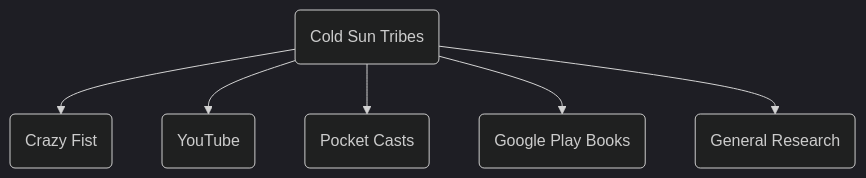
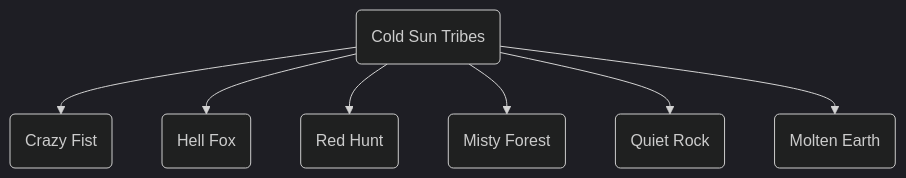
Before and after one commit to valentine195/Obsidian-Vault: the first of 2 diagrams in The Mark of Death/Compendium/Factions/Cold Sun Tribe.md, drawn with Mermaid (dark theme). The commit also changed other lines of this file and 4 other files, not shown here.

````diff
--- a/The Mark of Death/Compendium/Factions/Cold Sun Tribe.md
+++ b/The Mark of Death/Compendium/Factions/Cold Sun Tribe.md
@@ -32,16 +32,16 @@
 ```mermaid
 graph TD
 
 %% Top Node
 id1(Cold Sun Tribes)
-
 %% Media Sources
 id1.1(Crazy Fist)
-id1.2(YouTube)
-id1.3(Pocket Casts)
-id1.4(Google Play Books)
-id1.5(General Research)
+id1.2(Hell Fox)
+id1.3(Red Hunt)
+id1.4(Misty Forest)
+id1.5(Quiet Rock)
+id1.6(Molten Earth)
 
-id1 --> id1.1 & id1.2 & id1.3 & id1.4 & id1.5
+id1 --> id1.1 & id1.2 & id1.3 & id1.4 & id1.5 & id1.6;
 
 ```
````
